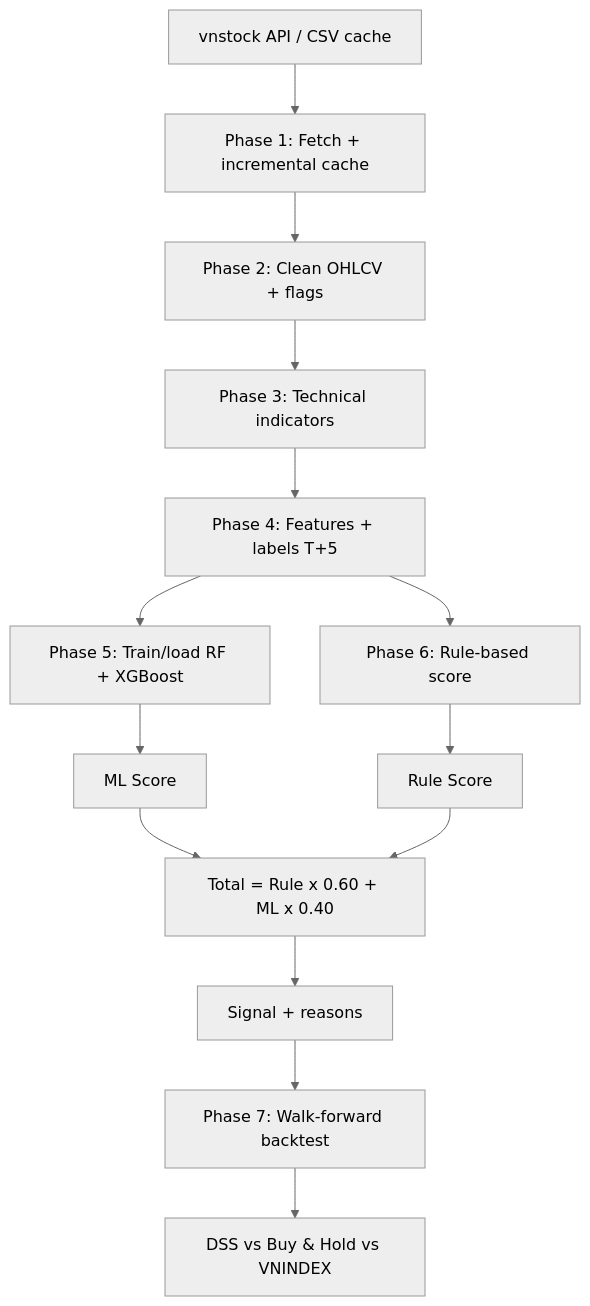
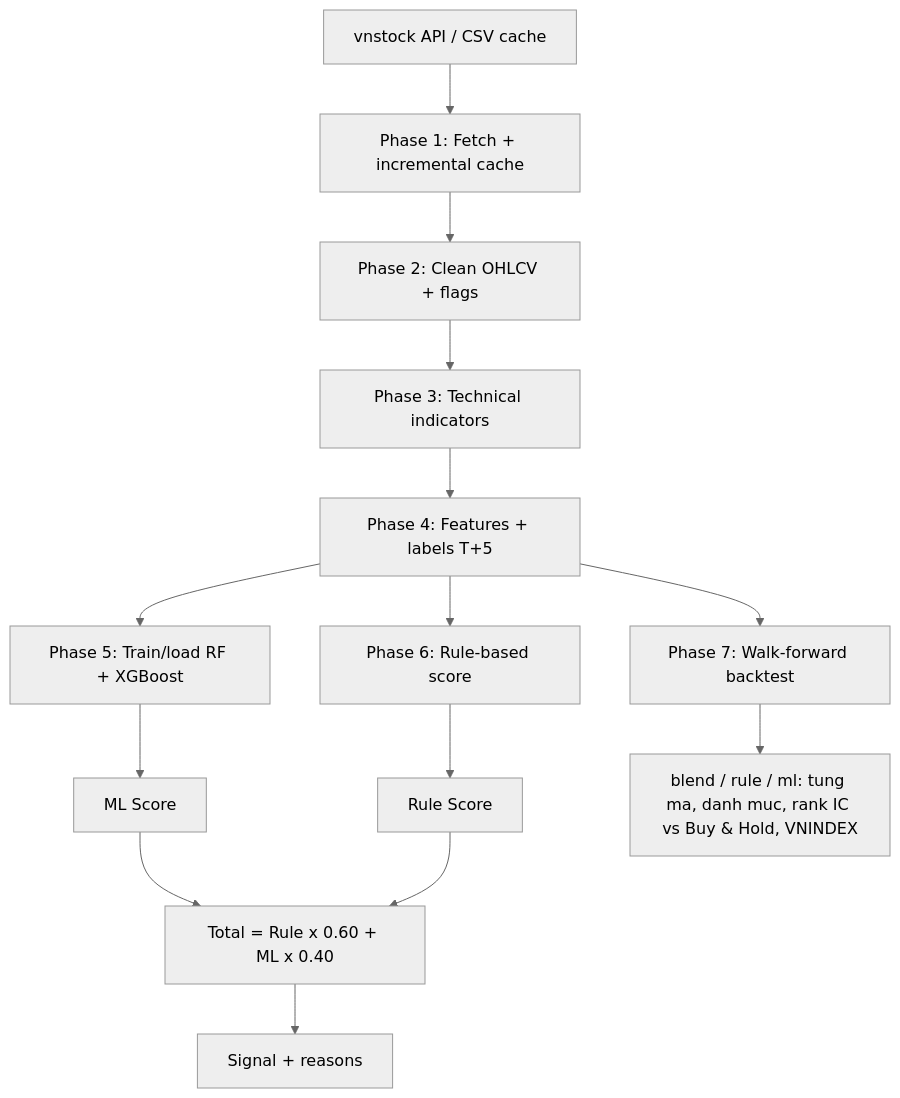
The diagram in README.md (DuykoNgu/Dss), drawn with Mermaid (neutral theme) before and after one commit. The commit also changed other lines of this file and 29 other files, not shown here.

````diff
--- a/README.md
+++ b/README.md
@@ -141,16 +151,16 @@
 ```mermaid
 flowchart TD
     A["vnstock API / CSV cache"] --> B["Phase 1: Fetch + incremental cache"]
     B --> C["Phase 2: Clean OHLCV + flags"]
     C --> D["Phase 3: Technical indicators"]
     D --> E["Phase 4: Features + labels T+5"]
     E --> F["Phase 5: Train/load RF + XGBoost"]
     E --> G["Phase 6: Rule-based score"]
     F --> H["ML Score"]
     G --> I["Rule Score"]
     H --> J["Total = Rule x 0.60 + ML x 0.40"]
     I --> J
     J --> K["Signal + reasons"]
-    K --> L["Phase 7: Walk-forward backtest"]
-    L --> M["DSS vs Buy & Hold vs VNINDEX"]
+    E --> L["Phase 7: Walk-forward backtest"]
+    L --> M["blend / rule / ml: tung ma, danh muc, rank IC vs Buy & Hold, VNINDEX"]
 ```
````
